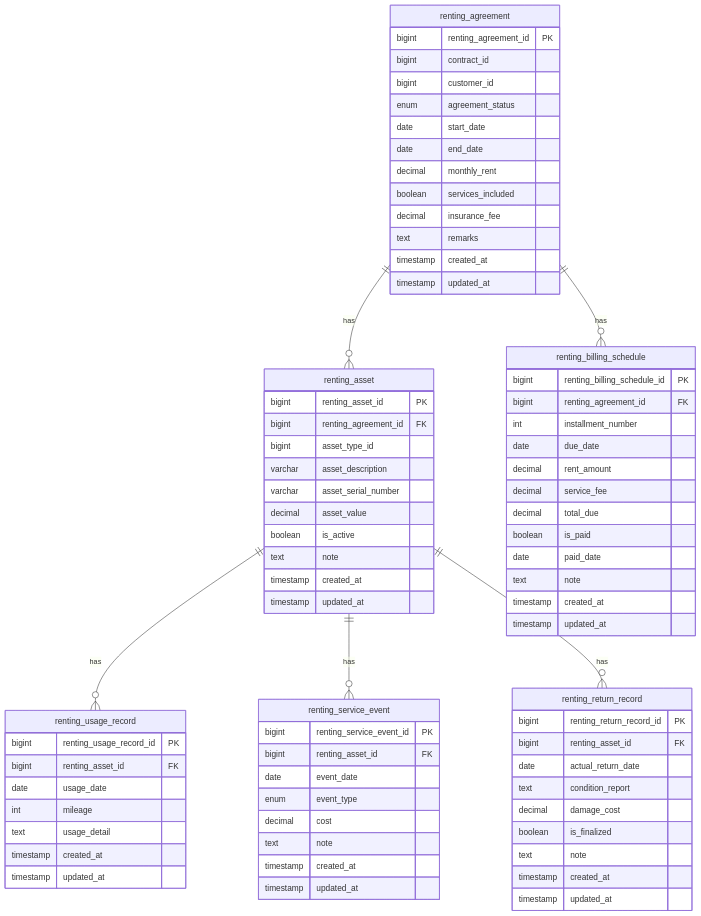
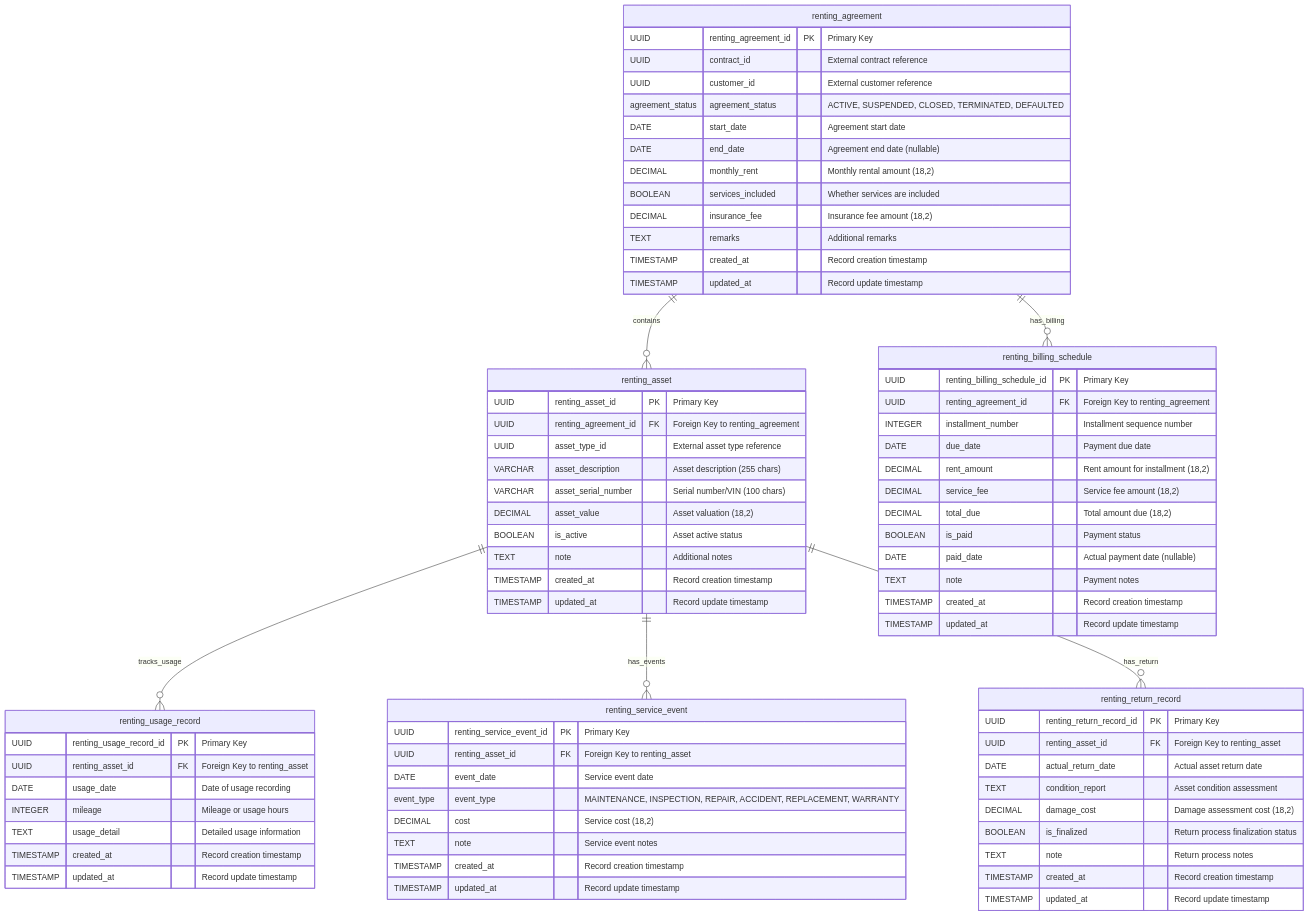
Before and after one commit to firefly-oss/core-lending-renting: the diagram in README.md, drawn with Mermaid. The commit also changed other lines of this file, not shown here.

First line of the commit message:
docs: comprehensive update to README for renting service

````diff
--- a/README.md
+++ b/README.md
@@ -159,84 +248,84 @@
 ```mermaid
 erDiagram
-    renting_agreement ||--o{ renting_asset : "has"
-    renting_agreement ||--o{ renting_billing_schedule : "has"
-    renting_asset ||--o{ renting_usage_record : "has"
-    renting_asset ||--o{ renting_service_event : "has"
-    renting_asset ||--o{ renting_return_record : "has"
+    renting_agreement ||--o{ renting_asset : "contains"
+    renting_agreement ||--o{ renting_billing_schedule : "has_billing"
+    renting_asset ||--o{ renting_usage_record : "tracks_usage"
+    renting_asset ||--o{ renting_service_event : "has_events"
+    renting_asset ||--o{ renting_return_record : "has_return"
 
     renting_agreement {
-        bigint renting_agreement_id PK
-        bigint contract_id
-        bigint customer_id
-        enum agreement_status
-        date start_date
-        date end_date
-        decimal monthly_rent
-        boolean services_included
-        decimal insurance_fee
-        text remarks
-        timestamp created_at
-        timestamp updated_at
+        UUID renting_agreement_id PK "Primary Key"
+        UUID contract_id "External contract reference"
+        UUID customer_id "External customer reference"
+        agreement_status agreement_status "ACTIVE, SUSPENDED, CLOSED, TERMINATED, DEFAULTED"
+        DATE start_date "Agreement start date"
+        DATE end_date "Agreement end date (nullable)"
+        DECIMAL monthly_rent "Monthly rental amount (18,2)"
+        BOOLEAN services_included "Whether services are included"
+        DECIMAL insurance_fee "Insurance fee amount (18,2)"
+        TEXT remarks "Additional remarks"
+        TIMESTAMP created_at "Record creation timestamp"
+        TIMESTAMP updated_at "Record update timestamp"
     }
 
     renting_asset {
-        bigint renting_asset_id PK
-        bigint renting_agreement_id FK
-        bigint asset_type_id
-        varchar asset_description
-        varchar asset_serial_number
-        decimal asset_value
-        boolean is_active
-        text note
-        timestamp created_at
-        timestamp updated_at
+        UUID renting_asset_id PK "Primary Key"
+        UUID renting_agreement_id FK "Foreign Key to renting_agreement"
+        UUID asset_type_id "External asset type reference"
+        VARCHAR asset_description "Asset description (255 chars)"
+        VARCHAR asset_serial_number "Serial number/VIN (100 chars)"
+        DECIMAL asset_value "Asset valuation (18,2)"
+        BOOLEAN is_active "Asset active status"
+        TEXT note "Additional notes"
+        TIMESTAMP created_at "Record creation timestamp"
+        TIMESTAMP updated_at "Record update timestamp"
     }
 
     renting_billing_schedule {
-        bigint renting_billing_schedule_id PK
-        bigint renting_agreement_id FK
-        int installment_number
-        date due_date
-        decimal rent_amount
-        decimal service_fee
-        decimal total_due
-        boolean is_paid
-        date paid_date
-        text note
-        timestamp created_at
-        timestamp updated_at
+        UUID renting_billing_schedule_id PK "Primary Key"
+        UUID renting_agreement_id FK "Foreign Key to renting_agreement"
+        INTEGER installment_number "Installment sequence number"
+        DATE due_date "Payment due date"
+        DECIMAL rent_amount "Rent amount for installment (18,2)"
+        DECIMAL service_fee "Service fee amount (18,2)"
+        DECIMAL total_due "Total amount due (18,2)"
+        BOOLEAN is_paid "Payment status"
+        DATE paid_date "Actual payment date (nullable)"
+        TEXT note "Payment notes"
+        TIMESTAMP created_at "Record creation timestamp"
+        TIMESTAMP updated_at "Record update timestamp"
     }
 
     renting_usage_record {
-        bigint renting_usage_record_id PK
-        bigint renting_asset_id FK
-        date usage_date
-        int mileage
-        text usage_detail
-        timestamp created_at
-        timestamp updated_at
+        UUID renting_usage_record_id PK "Primary Key"
+        UUID renting_asset_id FK "Foreign Key to renting_asset"
+        DATE usage_date "Date of usage recording"
+        INTEGER mileage "Mileage or usage hours"
+        TEXT usage_detail "Detailed usage information"
+        TIMESTAMP created_at "Record creation timestamp"
+        TIMESTAMP updated_at "Record update timestamp"
     }
 
     renting_service_event {
-        bigint renting_service_event_id PK
-        bigint renting_asset_id FK
-        date event_date
-        enum event_type
-        decimal cost
-        text note
-        timestamp created_at
-        timestamp updated_at
+        UUID renting_service_event_id PK "Primary Key"
+        UUID renting_asset_id FK "Foreign Key to renting_asset"
+        DATE event_date "Service event date"
+        event_type event_type "MAINTENANCE, INSPECTION, REPAIR, ACCIDENT, REPLACEMENT, WARRANTY"
+        DECIMAL cost "Service cost (18,2)"
+        TEXT note "Service event notes"
+        TIMESTAMP created_at "Record creation timestamp"
+        TIMESTAMP updated_at "Record update timestamp"
     }
 
     renting_return_record {
-        bigint renting_return_record_id PK
-        bigint renting_asset_id FK
-        date actual_return_date
-        text condition_report
-        decimal damage_cost
-        boolean is_finalized
-        text note
-        timestamp created_at
-        timestamp updated_at
+        UUID renting_return_record_id PK "Primary Key"
+        UUID renting_asset_id FK "Foreign Key to renting_asset"
+        DATE actual_return_date "Actual asset return date"
+        TEXT condition_report "Asset condition assessment"
+        DECIMAL damage_cost "Damage assessment cost (18,2)"
+        BOOLEAN is_finalized "Return process finalization status"
+        TEXT note "Return process notes"
+        TIMESTAMP created_at "Record creation timestamp"
+        TIMESTAMP updated_at "Record update timestamp"
     }
 ```
````
